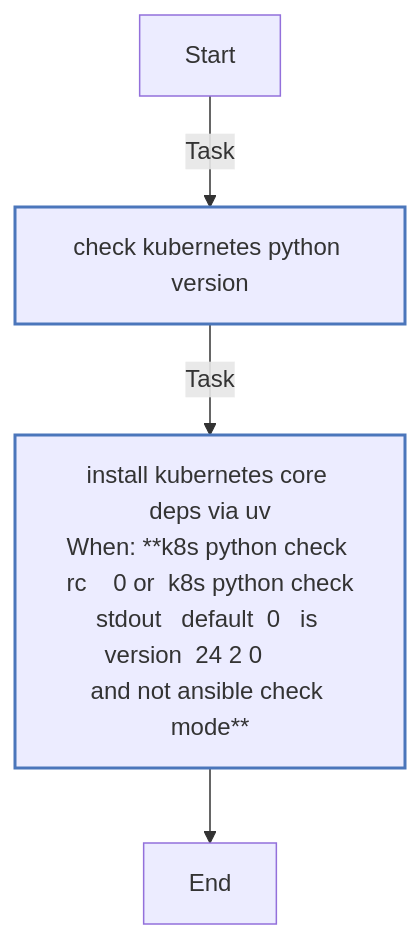
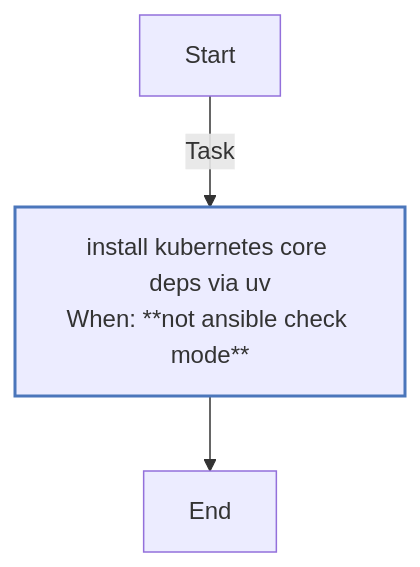
One commit to rou-cru/k3s-homelab changed the fourth of 8 diagrams in roles/common/README.md. Above: the diagram before and after it, drawn with Mermaid. The commit also changed other lines of this file and 41 other files, not shown here.

````diff
--- a/roles/common/README.md
+++ b/roles/common/README.md
@@ -571,16 +463,15 @@
 ```mermaid
 flowchart TD
 Start
 classDef block stroke:#3498db,stroke-width:2px;
 classDef task stroke:#4b76bb,stroke-width:2px;
 classDef includeTasks stroke:#16a085,stroke-width:2px;
 classDef importTasks stroke:#34495e,stroke-width:2px;
 classDef includeRole stroke:#2980b9,stroke-width:2px;
 classDef importRole stroke:#699ba7,stroke-width:2px;
 classDef includeVars stroke:#8e44ad,stroke-width:2px;
 classDef rescue stroke:#665352,stroke-width:2px;
 
-  Start-->|Task| Check_kubernetes_Python_version0[check kubernetes python version]:::task
-  Check_kubernetes_Python_version0-->|Task| Install_kubernetes_core_deps_via_uv1[install kubernetes core deps via uv<br>When: **k8s python check rc    0 or  k8s python check<br>stdout   default  0   is version  24 2 0        <br>and not ansible check mode**]:::task
-  Install_kubernetes_core_deps_via_uv1-->End
+  Start-->|Task| Install_kubernetes_core_deps_via_uv0[install kubernetes core deps via uv<br>When: **not ansible check mode**]:::task
+  Install_kubernetes_core_deps_via_uv0-->End
 ```
````
